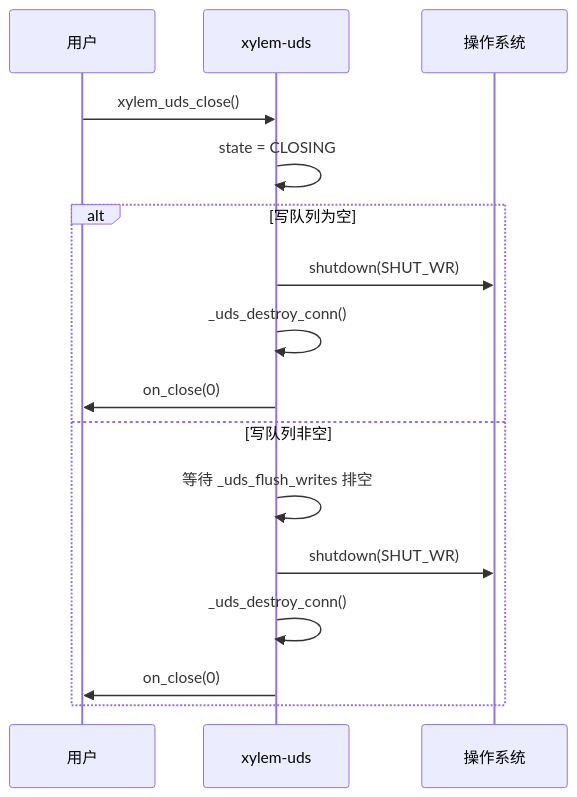
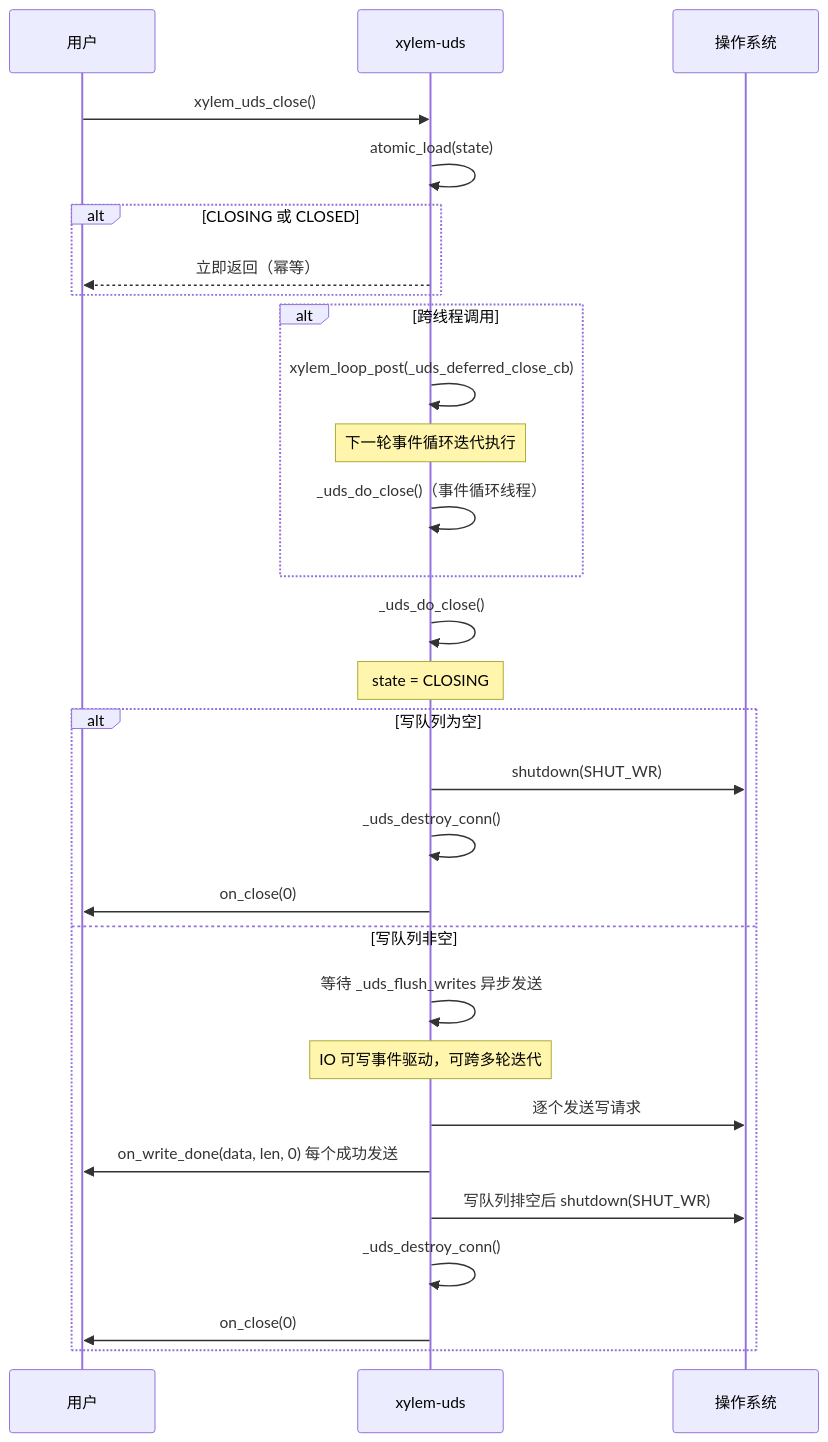
One commit to MeristemForge/Xylem changed the fourth of 7 diagrams in .kiro/steering/uds-design.md. Above: the diagram before and after it, drawn with Mermaid. The commit also changed other lines of this file and 23 other files, not shown here.

````diff
--- a/.kiro/steering/uds-design.md
+++ b/.kiro/steering/uds-design.md
@@ -318,19 +331,32 @@
 ```mermaid
 sequenceDiagram
     participant User as 用户
     participant UDS as xylem-uds
     participant OS as 操作系统
 
     User->>UDS: xylem_uds_close()
-    UDS->>UDS: state = CLOSING
+    UDS->>UDS: atomic_load(state)
+    alt CLOSING 或 CLOSED
+        UDS-->>User: 立即返回（幂等）
+    end
+    alt 跨线程调用
+        UDS->>UDS: xylem_loop_post(_uds_deferred_close_cb)
+        Note over UDS: 下一轮事件循环迭代执行
+        UDS->>UDS: _uds_do_close()（事件循环线程）
+    end
+    UDS->>UDS: _uds_do_close()
+    Note over UDS: state = CLOSING
     alt 写队列为空
         UDS->>OS: shutdown(SHUT_WR)
         UDS->>UDS: _uds_destroy_conn()
         UDS->>User: on_close(0)
     else 写队列非空
-        UDS->>UDS: 等待 _uds_flush_writes 排空
-        UDS->>OS: shutdown(SHUT_WR)
+        UDS->>UDS: 等待 _uds_flush_writes 异步发送
+        Note over UDS: IO 可写事件驱动，可跨多轮迭代
+        UDS->>OS: 逐个发送写请求
+        UDS->>User: on_write_done(data, len, 0) 每个成功发送
+        UDS->>OS: 写队列排空后 shutdown(SHUT_WR)
         UDS->>UDS: _uds_destroy_conn()
         UDS->>User: on_close(0)
     end
 ```
````
